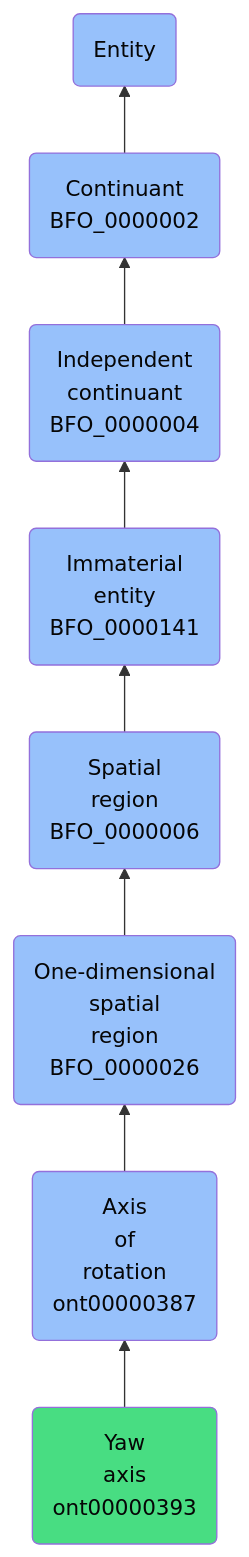
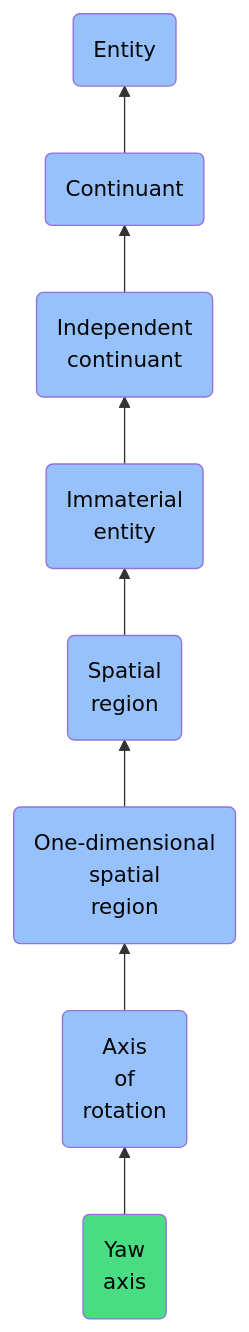
Before and after one commit to jupyter-naas/abi: the diagram in docs/ontology/reference/model/Entity/Continuant/Independent continuant/Immaterial entity/Spatial region/One-dimensional spatial region/Axis of rotation/Yaw axis/Yaw axis.md, drawn with Mermaid. The commit also changed other lines of this file and 1430 other files, not shown here.

````diff
--- a/docs/ontology/reference/model/Entity/Continuant/Independent continuant/Immaterial entity/Spatial region/One-dimensional spatial region/Axis of rotation/Yaw axis/Yaw axis.md
+++ b/docs/ontology/reference/model/Entity/Continuant/Independent continuant/Immaterial entity/Spatial region/One-dimensional spatial region/Axis of rotation/Yaw axis/Yaw axis.md
@@ -24,15 +24,15 @@
 ```mermaid
 graph BT
-    ont00000393(Yaw<br>axis<br>ont00000393):::ABI-->ont00000387
-    ont00000387(Axis<br>of<br>rotation<br>ont00000387):::BFO-->BFO_0000026
-    BFO_0000026(One-dimensional<br>spatial<br>region<br>BFO_0000026):::BFO-->BFO_0000006
-    BFO_0000006(Spatial<br>region<br>BFO_0000006):::BFO-->BFO_0000141
-    BFO_0000141(Immaterial<br>entity<br>BFO_0000141):::BFO-->BFO_0000004
-    BFO_0000004(Independent<br>continuant<br>BFO_0000004):::BFO-->BFO_0000002
-    BFO_0000002(Continuant<br>BFO_0000002):::BFO-->BFO_0000001
+    ont00000393(Yaw<br>axis):::ABI-->ont00000387
+    ont00000387(Axis<br>of<br>rotation):::BFO-->BFO_0000026
+    BFO_0000026(One-dimensional<br>spatial<br>region):::BFO-->BFO_0000006
+    BFO_0000006(Spatial<br>region):::BFO-->BFO_0000141
+    BFO_0000141(Immaterial<br>entity):::BFO-->BFO_0000004
+    BFO_0000004(Independent<br>continuant):::BFO-->BFO_0000002
+    BFO_0000002(Continuant):::BFO-->BFO_0000001
     BFO_0000001(Entity):::BFO
     
     classDef BFO fill:#97c1fb,color:#060606
     classDef CCO fill:#e4c51e,color:#060606
     classDef ABI fill:#48DD82,color:#060606
 ```
````
